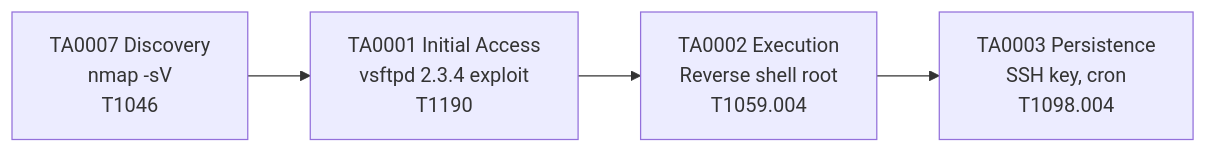
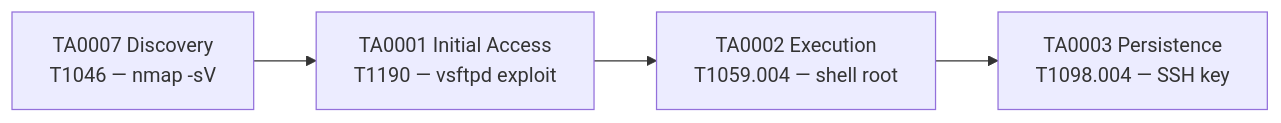
Before and after one commit to yugmerabtene/techniques-de-hacking-niveau-1: the second of 4 diagrams in JOUR-02.md, drawn with Mermaid. The commit also changed other lines of this file and 8 other files, not shown here.

````diff
--- a/JOUR-02.md
+++ b/JOUR-02.md
@@ -59,6 +54,6 @@
 ```mermaid
 flowchart LR
-    A["TA0007 Discovery<br/>nmap -sV<br/>T1046"] --> B["TA0001 Initial Access<br/>vsftpd 2.3.4 exploit<br/>T1190"]
-    B --> C["TA0002 Execution<br/>Reverse shell root<br/>T1059.004"]
-    C --> D["TA0003 Persistence<br/>SSH key, cron<br/>T1098.004"]
+    A["TA0007 Discovery<br/>T1046 — nmap -sV"] --> B["TA0001 Initial Access<br/>T1190 — vsftpd exploit"]
+    B --> C["TA0002 Execution<br/>T1059.004 — shell root"]
+    C --> D["TA0003 Persistence<br/>T1098.004 — SSH key"]
 ```
````
